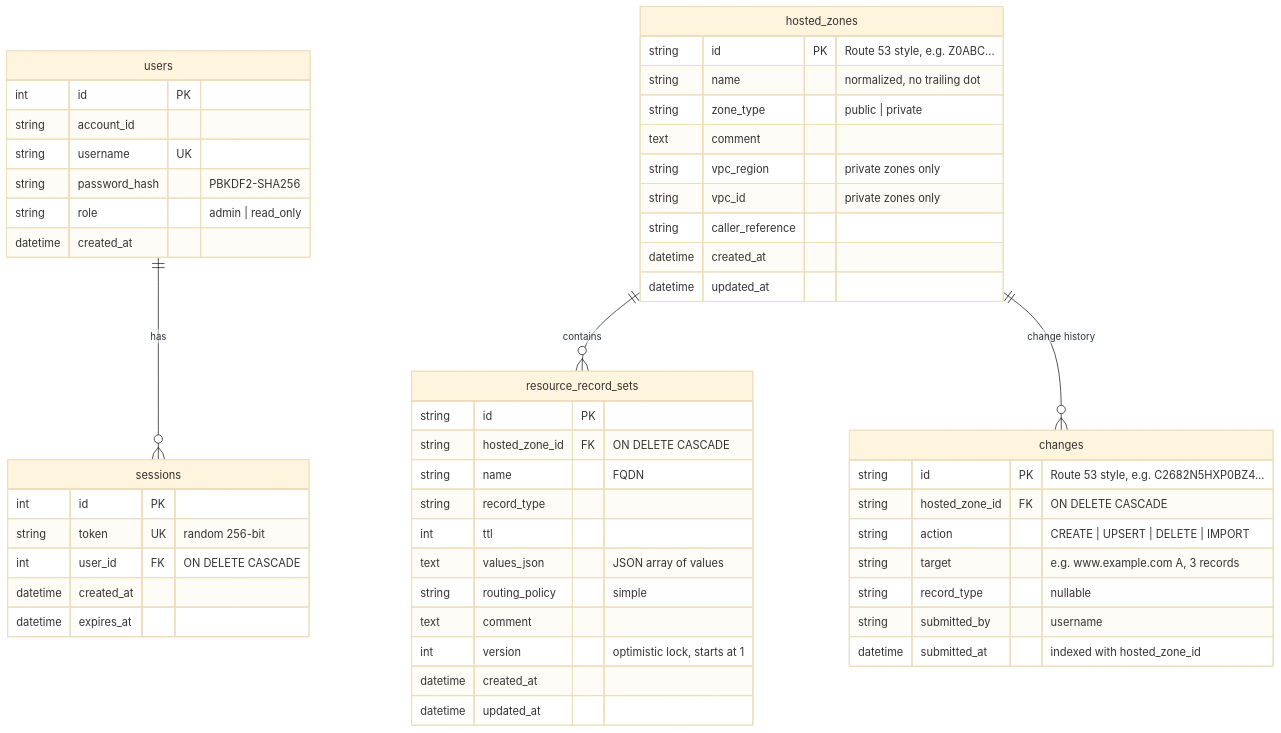
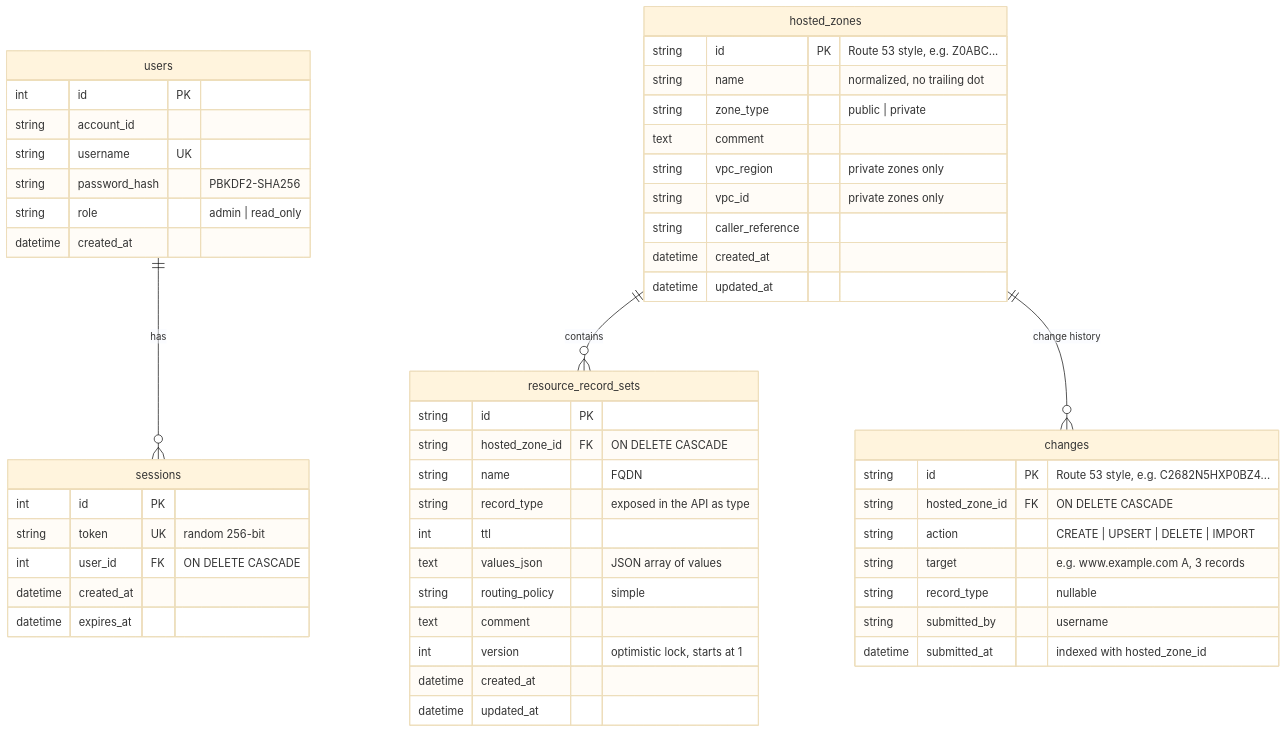
Before and after one commit to Mohak-0014/Route53_Clone: the second of 2 diagrams in README.md, drawn with Mermaid (base theme). The commit also changed other lines of this file and 15 other files, not shown here.

````diff
--- a/README.md
+++ b/README.md
@@ -151,55 +151,55 @@
 ```mermaid
 erDiagram
     users ||--o{ sessions : has
     hosted_zones ||--o{ resource_record_sets : contains
     hosted_zones ||--o{ changes : "change history"
 
     users {
         int id PK
         string account_id
         string username UK
         string password_hash "PBKDF2-SHA256"
         string role "admin | read_only"
         datetime created_at
     }
     sessions {
         int id PK
         string token UK "random 256-bit"
         int user_id FK "ON DELETE CASCADE"
         datetime created_at
         datetime expires_at
     }
     hosted_zones {
         string id PK "Route 53 style, e.g. Z0ABC..."
         string name "normalized, no trailing dot"
         string zone_type "public | private"
         text comment
         string vpc_region "private zones only"
         string vpc_id "private zones only"
         string caller_reference
         datetime created_at
         datetime updated_at
     }
     resource_record_sets {
         string id PK
         string hosted_zone_id FK "ON DELETE CASCADE"
         string name "FQDN"
-        string record_type
+        string record_type "exposed in the API as type"
         int ttl
         text values_json "JSON array of values"
         string routing_policy "simple"
         text comment
         int version "optimistic lock, starts at 1"
         datetime created_at
         datetime updated_at
     }
     changes {
         string id PK "Route 53 style, e.g. C2682N5HXP0BZ4..."
         string hosted_zone_id FK "ON DELETE CASCADE"
         string action "CREATE | UPSERT | DELETE | IMPORT"
         string target "e.g. www.example.com A, 3 records"
         string record_type "nullable"
         string submitted_by "username"
         datetime submitted_at "indexed with hosted_zone_id"
     }
 ```
````
